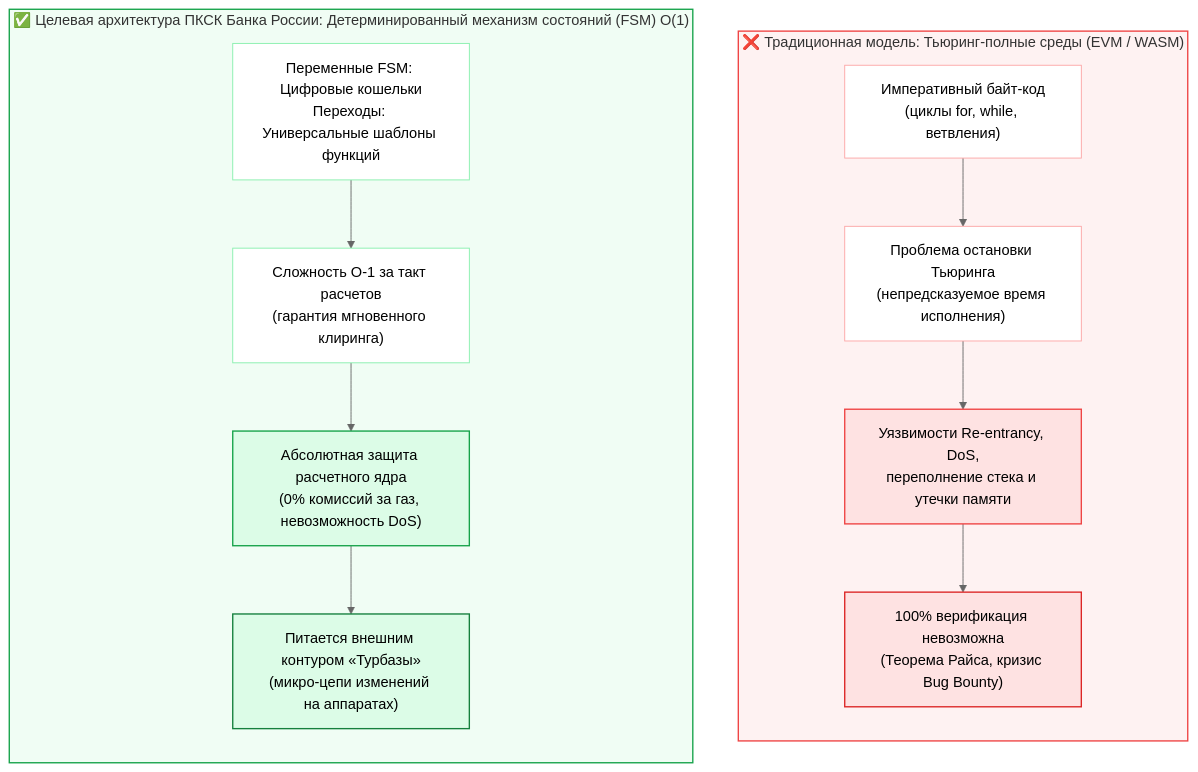
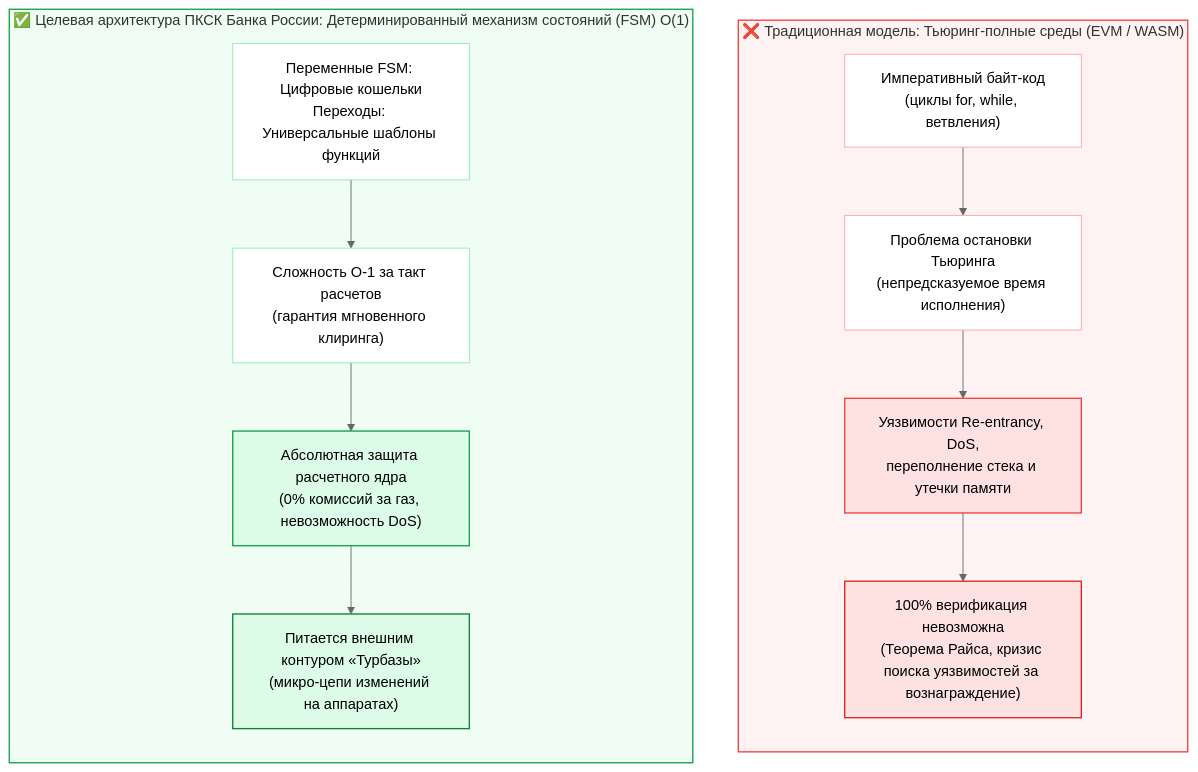
The first of 7 diagrams in shared_docs/whitepapers/06_cbr_smart_contracts_fsm_whitepaper.md (Data-Independence-Network/presentations), drawn with Mermaid (neutral theme) before and after one commit. The commit also changed other lines of this file and 8 other files, not shown here.

````diff
--- a/shared_docs/whitepapers/06_cbr_smart_contracts_fsm_whitepaper.md
+++ b/shared_docs/whitepapers/06_cbr_smart_contracts_fsm_whitepaper.md
@@ -113,31 +113,31 @@
 ```mermaid
 flowchart TD
     subgraph EVM ["❌ Традиционная модель: Тьюринг-полные среды (EVM / WASM)"]
         direction TB
         E1["Императивный байт-код<br/>(циклы for, while, ветвления)"]
         E2["Проблема остановки Тьюринга<br/>(непредсказуемое время исполнения)"]
         E3["Уязвимости Re-entrancy, DoS,<br/>переполнение стека и утечки памяти"]
-        E4["100% верификация невозможна<br/>(Теорема Райса, кризис Bug Bounty)"]
+        E4["100% верификация невозможна<br/>(Теорема Райса, кризис поиска уязвимостей за вознаграждение)"]
         E1 --> E2 --> E3 --> E4
     end
 
     subgraph FSM ["✅ Целевая архитектура ПКСК Банка России: Детерминированный механизм состояний (FSM) O(1)"]
         direction TB
         F1["Переменные FSM: Цифровые кошельки<br/>Переходы: Универсальные шаблоны функций"]
         F2["Сложность O-1 за такт расчетов<br/>(гарантия мгновенного клиринга)"]
         F3["Абсолютная защита расчетного ядра<br/>(0% комиссий за газ, невозможность DoS)"]
         F4["Питается внешним контуром «Турбазы»<br/>(микро-цепи изменений на аппаратах)"]
         F1 --> F2 --> F3 --> F4
     end
 
     style EVM fill:#fef2f2,stroke:#ef4444,stroke-width:1.5px
     style FSM fill:#f0fdf4,stroke:#16a34a,stroke-width:1.5px
     style E1 fill:#ffffff,stroke:#fca5a5,stroke-width:1px
     style E2 fill:#ffffff,stroke:#fca5a5,stroke-width:1px
     style E3 fill:#fee2e2,stroke:#ef4444,stroke-width:1.5px
     style E4 fill:#fee2e2,stroke:#dc2626,stroke-width:1.5px
     style F1 fill:#ffffff,stroke:#86efac,stroke-width:1px
     style F2 fill:#ffffff,stroke:#86efac,stroke-width:1px
     style F3 fill:#dcfce7,stroke:#16a34a,stroke-width:1.5px
     style F4 fill:#dcfce7,stroke:#15803d,stroke-width:1.5px
 ```
````
